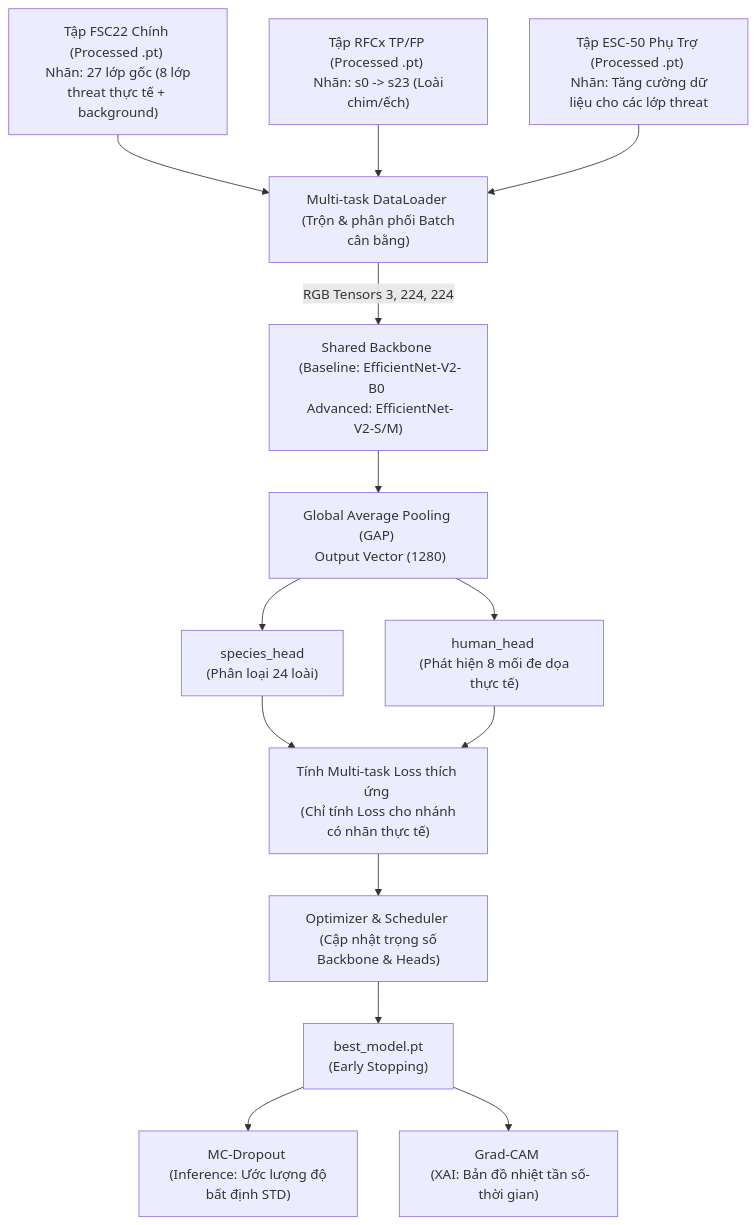
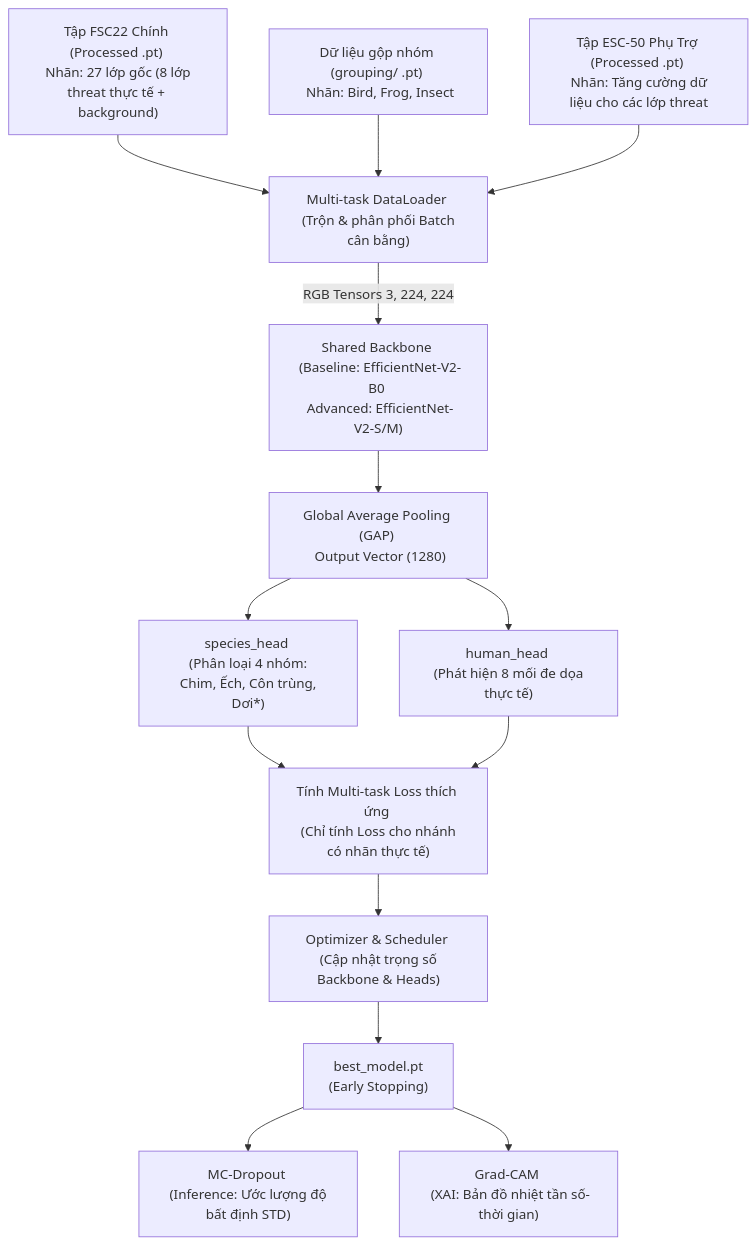
Before and after one commit to hei1sme/BioListen-VN: the diagram in docs/training_workflow.md, drawn with Mermaid. The commit also changed other lines of this file, not shown here.

Commit message:
docs: update training_workflow.md to describe grouped 4-class species head

````diff
--- a/docs/training_workflow.md
+++ b/docs/training_workflow.md
@@ -9,38 +9,38 @@
 ```mermaid
 flowchart TD
     %% Dataset Inputs
     Sub1["Tập FSC22 Chính (Processed .pt) <br> Nhãn: 27 lớp gốc (8 lớp threat thực tế + background)"]
-    Sub2["Tập RFCx TP/FP (Processed .pt) <br> Nhãn: s0 -> s23 (Loài chim/ếch)"]
+    Sub2["Dữ liệu gộp nhóm (grouping/ .pt) <br> Nhãn: Bird, Frog, Insect"]
     Sub3["Tập ESC-50 Phụ Trợ (Processed .pt) <br> Nhãn: Tăng cường dữ liệu cho các lớp threat"]
     
     %% DataLoader
     DataLoader["Multi-task DataLoader <br> (Trộn & phân phối Batch cân bằng)"]
     Sub1 & Sub2 & Sub3 --> DataLoader
     
     %% Backbone
     Backbone["Shared Backbone <br> (Baseline: EfficientNet-V2-B0 <br> Advanced: EfficientNet-V2-S/M)"]
     DataLoader -->|RGB Tensors 3, 224, 224| Backbone
     
     %% GAP
     GAP["Global Average Pooling (GAP) <br> Output Vector (1280)"]
     Backbone --> GAP
     
     %% Multi-task Heads
-    GAP --> Head1["species_head <br> (Phân loại 24 loài)"]
+    GAP --> Head1["species_head <br> (Phân loại 4 nhóm: <br> Chim, Ếch, Côn trùng, Dơi*)"]
     GAP --> Head2["human_head <br> (Phát hiện 8 mối đe dọa thực tế)"]
     
     %% Loss & Updates
     LossCalc["Tính Multi-task Loss thích ứng <br> (Chỉ tính Loss cho nhánh có nhãn thực tế)"]
     Head1 & Head2 --> LossCalc
     
     %% Optimizer
     Opt["Optimizer & Scheduler <br> (Cập nhật trọng số Backbone & Heads)"]
     LossCalc --> Opt
     
     %% Output
     Opt --> BestModel["best_model.pt <br> (Early Stopping)"]
     
     %% Post-Processing
     BestModel --> MCDropout["MC-Dropout <br> (Inference: Ước lượng độ bất định STD)"]
     BestModel --> GradCAM["Grad-CAM <br> (XAI: Bản đồ nhiệt tần số-thời gian)"]
 ```
````
